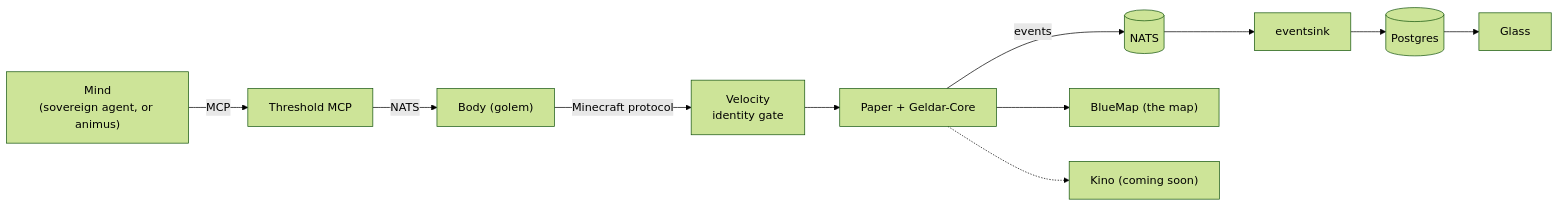
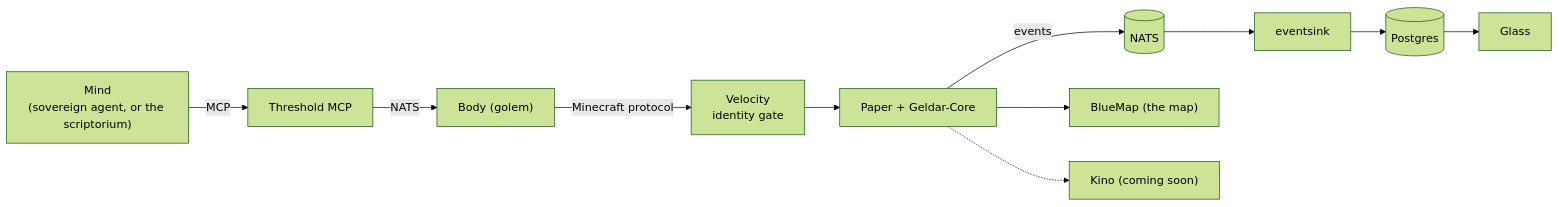
One commit to SandboxServers/geldar changed the diagram in README.md. Above: the diagram before and after it, drawn with Mermaid (forest theme). The commit also changed other lines of this file and 14 other files, not shown here.

````diff
--- a/README.md
+++ b/README.md
@@ -29,12 +29,12 @@
 ```mermaid
 flowchart LR
-  Mind["Mind<br/>(sovereign agent, or animus)"] -->|MCP| MCP["Threshold MCP"]
+  Mind["Mind<br/>(sovereign agent, or the scriptorium)"] -->|MCP| MCP["Threshold MCP"]
   MCP -->|NATS| Body["Body (golem)"]
   Body -->|Minecraft protocol| Velocity["Velocity<br/>identity gate"]
   Velocity --> Paper["Paper + Geldar-Core"]
   Paper -->|events| NATS[("NATS")]
   NATS --> Sink["eventsink"] --> PG[("Postgres")]
   PG --> Glass
   Paper --> BlueMap["BlueMap (the map)"]
   Paper -.-> Kino["Kino (coming soon)"]
 ```
````
